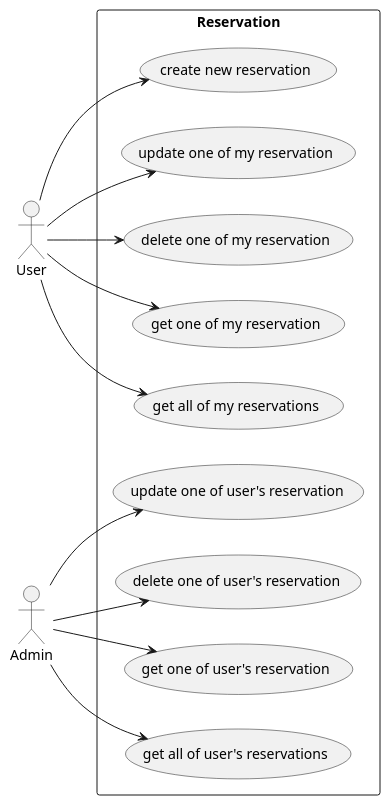
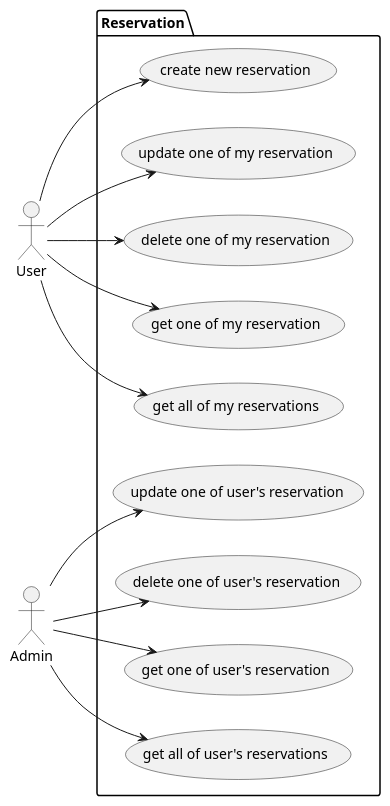
One commit to TeaChanathip/SwDev-Project changed the diagram in diagrams/usecase/reservation/reservation.puml. Above: the diagram before and after it, drawn with PlantUML. The commit also changed 11 other files, not shown here.

```diff
--- a/diagrams/usecase/reservation/reservation.puml
+++ b/diagrams/usecase/reservation/reservation.puml
@@ -1,31 +1,31 @@
 @startuml reservation
 left to right direction
 
 actor User
 actor Admin
 
-rectangle "Reservation" {
+package "Reservation" {
     usecase "create new reservation" as ReserveUC1
     usecase "update one of my reservation" as ReserveUC2
     usecase "delete one of my reservation" as ReserveUC3
     usecase "get one of my reservation" as ReserveUC4
     usecase "get all of my reservations" as ReserveUC5
 
     usecase "update one of user's reservation" as ReserveUC6
     usecase "delete one of user's reservation" as ReserveUC7
     usecase "get one of user's reservation" as ReserveUC8
     usecase "get all of user's reservations" as ReserveUC9
 }
 
 User --> ReserveUC1
 User --> ReserveUC2
 User --> ReserveUC3
 User --> ReserveUC4
 User --> ReserveUC5
 
 Admin --> ReserveUC6
 Admin --> ReserveUC7
 Admin --> ReserveUC8
 Admin --> ReserveUC9
 
 @enduml
```
